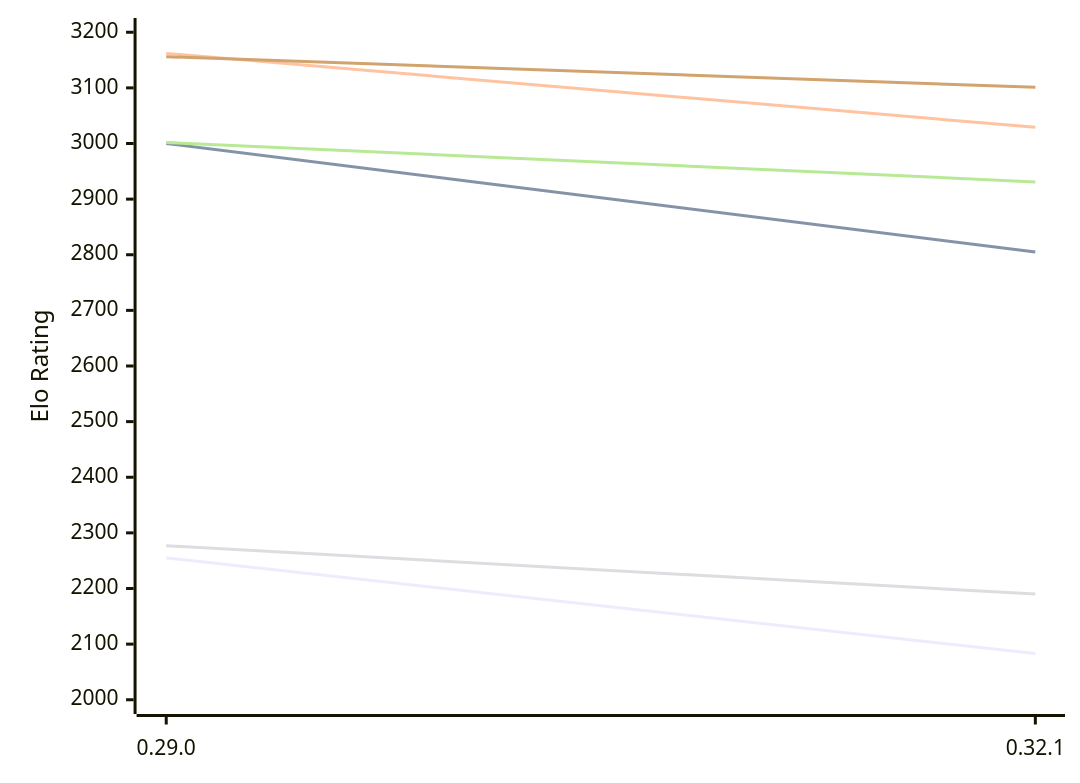
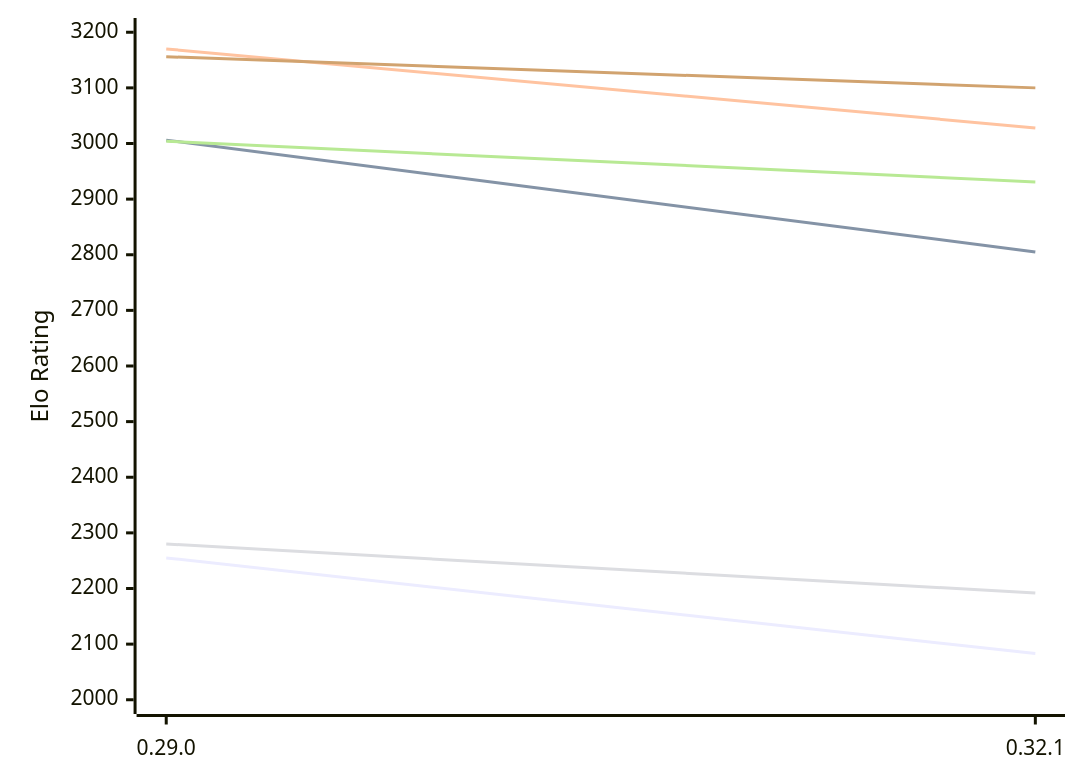
One commit to computer-chess-index/cci changed the first of 2 diagrams in engines/Lc0.md. Above: the diagram before and after it, drawn with Mermaid. The commit also changed other lines of this file, not shown here.

Commit message:
Update CCI Ratings (ELO VLTC) - 2026-11-28

````diff
--- a/engines/Lc0.md
+++ b/engines/Lc0.md
@@ -50,12 +50,12 @@
 ```mermaid
 %%{init: {"theme":"base","themeVariables":{"seriesColors:['#a3a3a3','#222221','#faa371']}}}%%
 xychart-beta
   x-axis ["0.29.0", "0.32.1"]
   y-axis "Elo Rating" 2000 --> 3200
   line "E1: STC (8.0+0.08s)" [2255, 2083]
-  line "E1: LTC (60.0+0.60s)" [3000, 2805]
-  line "E1: VLTC (2m24s+1.12s)" [3162, 3029]
-  line "P1: STC (8.0+0.08s)" [2277, 2190]
-  line "P1: LTC (60.0+0.60s)" [3002, 2931]
-  line "P1: VLTC (2m24s+1.12s)" [3156, 3101]
+  line "E1: LTC (60.0+0.60s)" [3006, 2805]
+  line "E1: VLTC (2m24s+1.12s)" [3170, 3028]
+  line "P1: STC (8.0+0.08s)" [2280, 2192]
+  line "P1: LTC (60.0+0.60s)" [3004, 2931]
+  line "P1: VLTC (2m24s+1.12s)" [3156, 3100]
 ```
````
